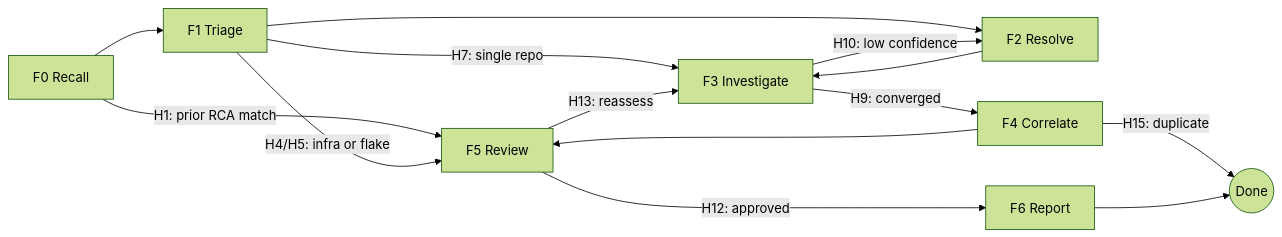
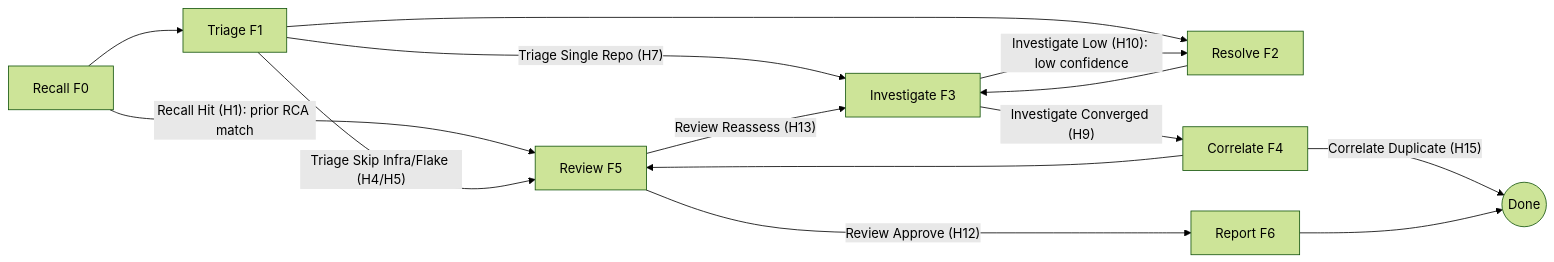
The first of 2 diagrams in README.md (dpopsuev/asterisk), drawn with Mermaid (forest theme) before and after one commit. The commit also changed other lines of this file and 10 other files, not shown here.

````diff
--- a/README.md
+++ b/README.md
@@ -34,16 +34,16 @@
 ```mermaid
 flowchart LR
-    F0[F0 Recall] --> F1[F1 Triage]
-    F0 -->|"H1: prior RCA match"| F5
-    F1 -->|"H4/H5: infra or flake"| F5[F5 Review]
-    F1 -->|"H7: single repo"| F3[F3 Investigate]
-    F1 --> F2[F2 Resolve]
+    F0[Recall F0] --> F1[Triage F1]
+    F0 -->|"Recall Hit (H1): prior RCA match"| F5
+    F1 -->|"Triage Skip Infra/Flake (H4/H5)"| F5[Review F5]
+    F1 -->|"Triage Single Repo (H7)"| F3[Investigate F3]
+    F1 --> F2[Resolve F2]
     F2 --> F3
-    F3 -->|"H9: converged"| F4[F4 Correlate]
-    F3 -->|"H10: low confidence"| F2
-    F4 -->|"H15: duplicate"| Done((Done))
+    F3 -->|"Investigate Converged (H9)"| F4[Correlate F4]
+    F3 -->|"Investigate Low (H10): low confidence"| F2
+    F4 -->|"Correlate Duplicate (H15)"| Done((Done))
     F4 --> F5
-    F5 -->|"H12: approved"| F6[F6 Report]
-    F5 -->|"H13: reassess"| F3
+    F5 -->|"Review Approve (H12)"| F6[Report F6]
+    F5 -->|"Review Reassess (H13)"| F3
     F6 --> Done
 ```
````
